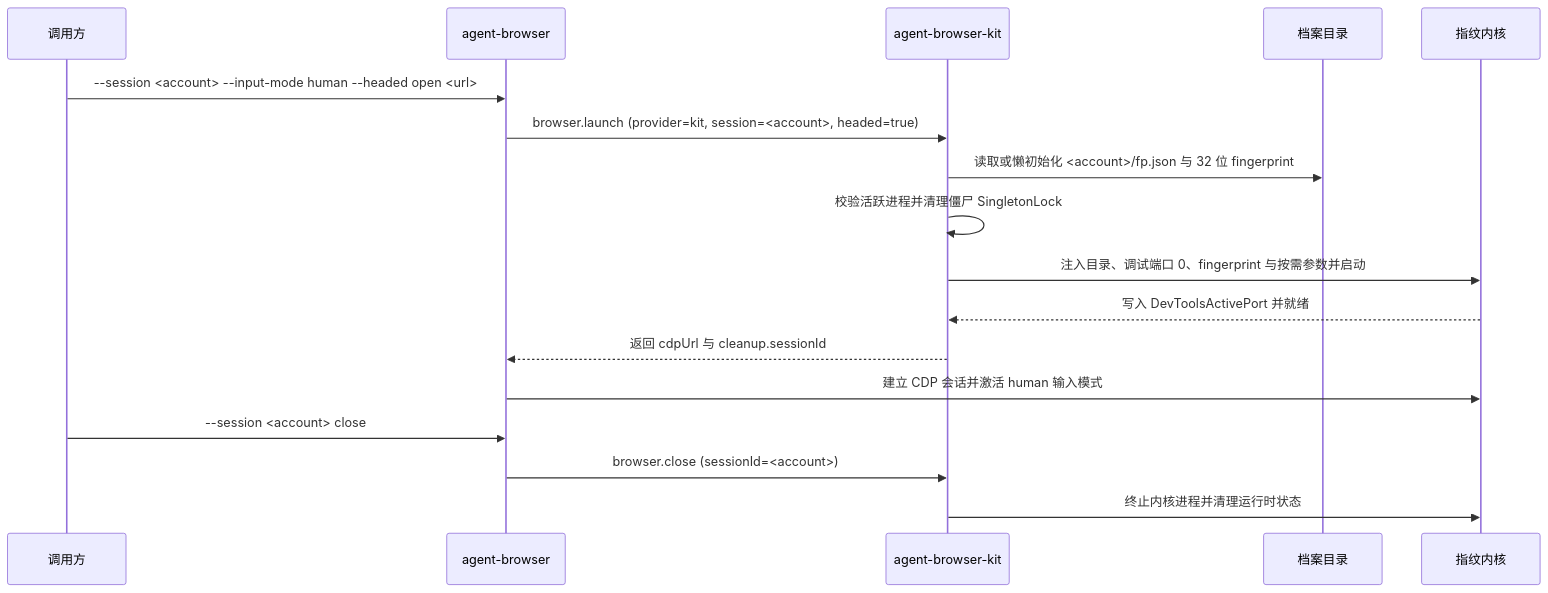
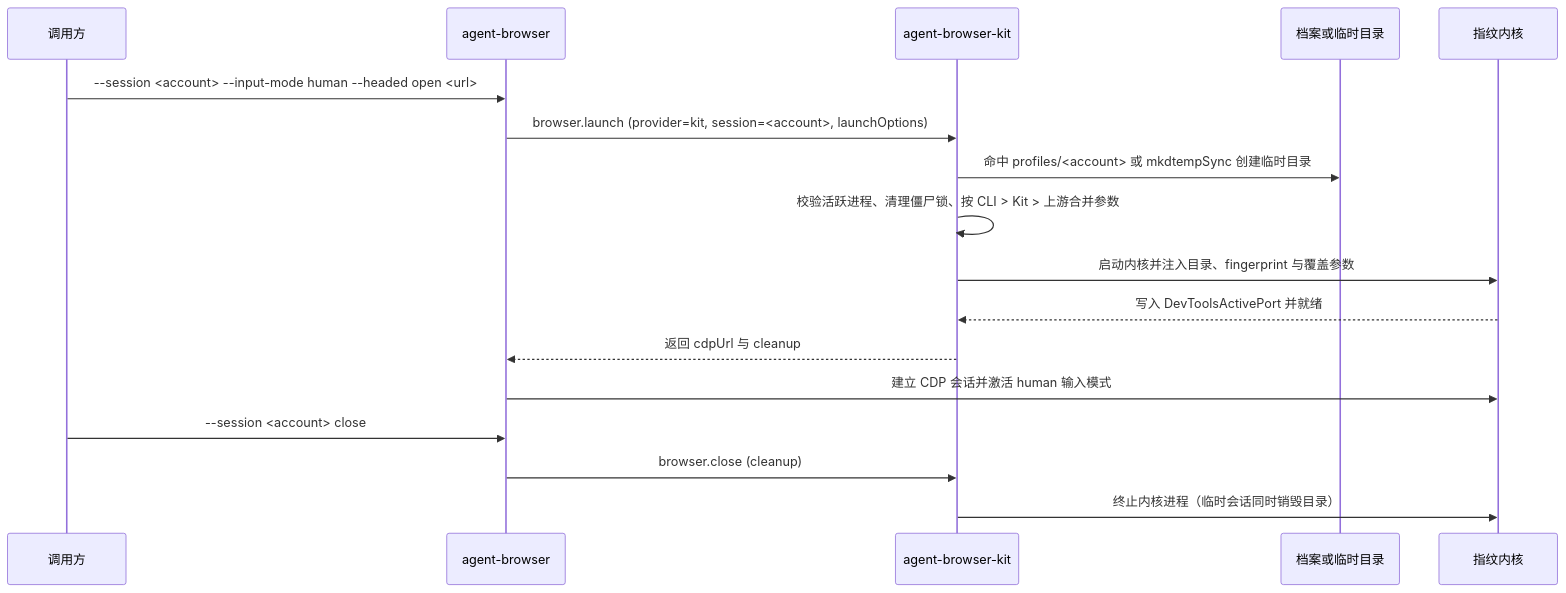
The second of 2 diagrams in docs/fingerprint-browser-design.md (taitide-labs/agent-browser-kit), drawn with Mermaid before and after one commit. The commit also changed other lines of this file and 24 other files, not shown here.

Commit message:
feat(browser): 支持参数 null 显式删除、mkdtempSync 临时会话及分层架构 (#30)

````diff
--- a/docs/fingerprint-browser-design.md
+++ b/docs/fingerprint-browser-design.md
@@ -32,20 +34,20 @@
 ```mermaid
 sequenceDiagram
     participant Caller as 调用方
     participant CLI as agent-browser
     participant Plugin as agent-browser-kit
-    participant Store as 档案目录
+    participant Store as 档案或临时目录
     participant Chrome as 指纹内核
 
     Caller->>CLI: --session <account> --input-mode human --headed open <url>
-    CLI->>Plugin: browser.launch (provider=kit, session=<account>, headed=true)
-    Plugin->>Store: 读取或懒初始化 <account>/fp.json 与 32 位 fingerprint
-    Plugin->>Plugin: 校验活跃进程并清理僵尸 SingletonLock
-    Plugin->>Chrome: 注入目录、调试端口 0、fingerprint 与按需参数并启动
+    CLI->>Plugin: browser.launch (provider=kit, session=<account>, launchOptions)
+    Plugin->>Store: 命中 profiles/<account> 或 mkdtempSync 创建临时目录
+    Plugin->>Plugin: 校验活跃进程、清理僵尸锁、按 CLI > Kit > 上游合并参数
+    Plugin->>Chrome: 启动内核并注入目录、fingerprint 与覆盖参数
     Chrome-->>Plugin: 写入 DevToolsActivePort 并就绪
-    Plugin-->>CLI: 返回 cdpUrl 与 cleanup.sessionId
+    Plugin-->>CLI: 返回 cdpUrl 与 cleanup
     CLI->>Chrome: 建立 CDP 会话并激活 human 输入模式
     Caller->>CLI: --session <account> close
-    CLI->>Plugin: browser.close (sessionId=<account>)
-    Plugin->>Chrome: 终止内核进程并清理运行时状态
+    CLI->>Plugin: browser.close (cleanup)
+    Plugin->>Chrome: 终止内核进程（临时会话同时销毁目录）
 ```
````
